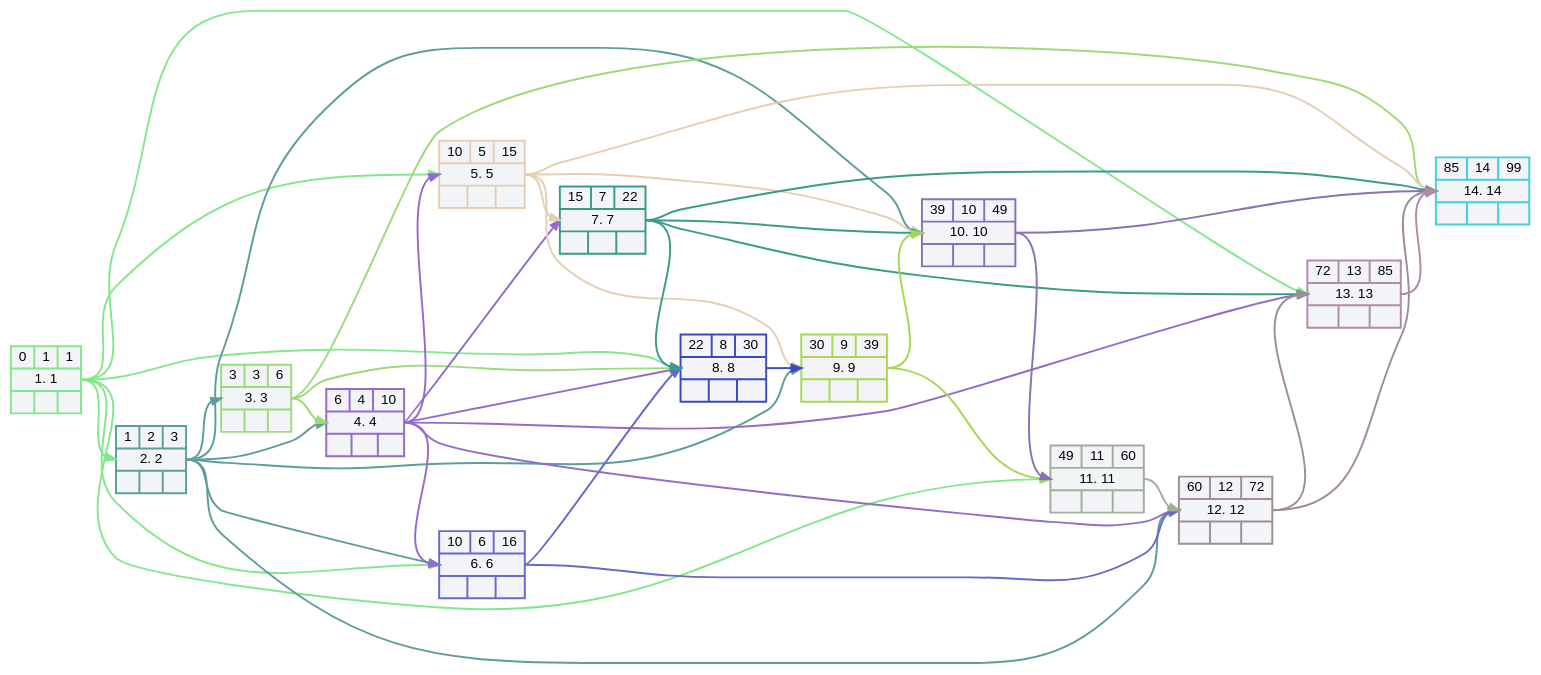
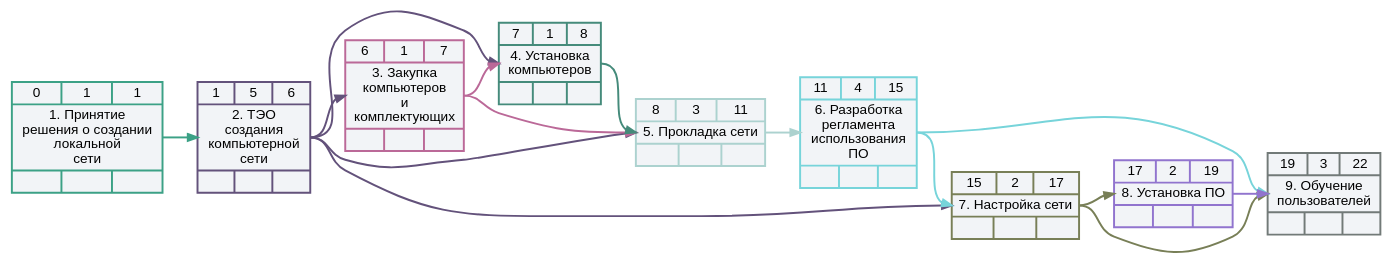
Before and after one commit to DVin-programmer/networkGraphics: the diagram in files/NetworkGraph02.gv, drawn with Graphviz. The commit also changed 11 other files, not shown here.

```diff
--- a/files/NetworkGraph02.gv
+++ b/files/NetworkGraph02.gv
@@ -1,64 +1,33 @@
         digraph NetworkGraph02
         {
            //graph [charset = "utf8"]
            rankdir = LR
            layout = dot
            splines = spline
            node [style = "filled, bold", fillcolor = "#f2f4f7", fontname = "Arial"]
            edge [penwidth = 2]
-           v1 [fontname = "Arial",color = "#82e88b", shape = record, label = "{ 0 | 1 | 1 } |  <mI1> 1. 1 | { |  |  }"]
-   v2 [fontname = "Arial",color = "#5f9d9a", shape = record, label = "{ 1 | 2 | 3 } |  <mI2> 2. 2 | { |  |  }"]
-   v3 [fontname = "Arial",color = "#9dda79", shape = record, label = "{ 3 | 3 | 6 } |  <mI3> 3. 3 | { |  |  }"]
-   v4 [fontname = "Arial",color = "#936ccb", shape = record, label = "{ 6 | 4 | 10 } |  <mI4> 4. 4 | { |  |  }"]
-   v5 [fontname = "Arial",color = "#e4cfb3", shape = record, label = "{ 10 | 5 | 15 } |  <mI5> 5. 5 | { |  |  }"]
-   v6 [fontname = "Arial",color = "#656acb", shape = record, label = "{ 10 | 6 | 16 } |  <mI6> 6. 6 | { |  |  }"]
-   v7 [fontname = "Arial",color = "#379d89", shape = record, label = "{ 15 | 7 | 22 } |  <mI7> 7. 7 | { |  |  }"]
-   v8 [fontname = "Arial",color = "#3b4ac1", shape = record, label = "{ 22 | 8 | 30 } |  <mI8> 8. 8 | { |  |  }"]
-   v9 [fontname = "Arial",color = "#a8d753", shape = record, label = "{ 30 | 9 | 39 } |  <mI9> 9. 9 | { |  |  }"]
-   v10 [fontname = "Arial",color = "#8c70b5", shape = record, label = "{ 39 | 10 | 49 } |  <mI10> 10. 10 | { |  |  }"]
-   v11 [fontname = "Arial",color = "#a3ae99", shape = record, label = "{ 49 | 11 | 60 } |  <mI11> 11. 11 | { |  |  }"]
-   v12 [fontname = "Arial",color = "#a18d95", shape = record, label = "{ 60 | 12 | 72 } |  <mI12> 12. 12 | { |  |  }"]
-   v13 [fontname = "Arial",color = "#b08baa", shape = record, label = "{ 72 | 13 | 85 } |  <mI13> 13. 13 | { |  |  }"]
-   v14 [fontname = "Arial",color = "#42cedd", shape = record, label = "{ 85 | 14 | 99 } |  <mI14> 14. 14 | { |  |  }"]
-   v7:<mI7> -> v10:<mI10> [color = "#379d89"]
-   v9:<mI9> -> v10:<mI10> [color = "#a8d753"]
-   v9:<mI9> -> v11:<mI11> [color = "#a8d753"]
-   v7:<mI7> -> v14:<mI14> [color = "#379d89"]
-   v5:<mI5> -> v14:<mI14> [color = "#e4cfb3"]
-   v4:<mI4> -> v12:<mI12> [color = "#936ccb"]
-   v2:<mI2> -> v10:<mI10> [color = "#5f9d9a"]
-   v5:<mI5> -> v10:<mI10> [color = "#e4cfb3"]
-   v6:<mI6> -> v12:<mI12> [color = "#656acb"]
-   v7:<mI7> -> v13:<mI13> [color = "#379d89"]
-   v2:<mI2> -> v12:<mI12> [color = "#5f9d9a"]
-   v1:<mI1> -> v11:<mI11> [color = "#82e88b"]
-   v1:<mI1> -> v13:<mI13> [color = "#82e88b"]
-   v3:<mI3> -> v14:<mI14> [color = "#9dda79"]
-   v4:<mI4> -> v13:<mI13> [color = "#936ccb"]
-   v1:<mI1> -> v2:<mI2> [color = "#82e88b"]
-   v2:<mI2> -> v3:<mI3> [color = "#5f9d9a"]
-   v2:<mI2> -> v4:<mI4> [color = "#5f9d9a"]
-   v3:<mI3> -> v4:<mI4> [color = "#9dda79"]
-   v4:<mI4> -> v5:<mI5> [color = "#936ccb"]
-   v1:<mI1> -> v5:<mI5> [color = "#82e88b"]
-   v4:<mI4> -> v6:<mI6> [color = "#936ccb"]
-   v1:<mI1> -> v6:<mI6> [color = "#82e88b"]
-   v2:<mI2> -> v6:<mI6> [color = "#5f9d9a"]
-   v4:<mI4> -> v7:<mI7> [color = "#936ccb"]
-   v5:<mI5> -> v7:<mI7> [color = "#e4cfb3"]
-   v3:<mI3> -> v8:<mI8> [color = "#9dda79"]
-   v4:<mI4> -> v8:<mI8> [color = "#936ccb"]
-   v6:<mI6> -> v8:<mI8> [color = "#656acb"]
-   v7:<mI7> -> v8:<mI8> [color = "#379d89"]
-   v1:<mI1> -> v8:<mI8> [color = "#82e88b"]
-   v5:<mI5> -> v9:<mI9> [color = "#e4cfb3"]
-   v8:<mI8> -> v9:<mI9> [color = "#3b4ac1"]
-   v2:<mI2> -> v9:<mI9> [color = "#5f9d9a"]
-   v10:<mI10> -> v11:<mI11> [color = "#8c70b5"]
-   v11:<mI11> -> v12:<mI12> [color = "#a3ae99"]
-   v12:<mI12> -> v13:<mI13> [color = "#a18d95"]
-   v13:<mI13> -> v14:<mI14> [color = "#b08baa"]
-   v12:<mI12> -> v14:<mI14> [color = "#a18d95"]
-   v10:<mI10> -> v14:<mI14> [color = "#8c70b5"]
+           v1 [fontname = "Arial",color = "#3ca186", shape = record, label = "{ 0 | 1 | 1 } |  <mI1> 1. Принятие\n решения  о  создании \n локальной \n сети  | { |  |  }"]
+   v2 [fontname = "Arial",color = "#63527b", shape = record, label = "{ 1 | 5 | 6 } |  <mI2> 2. ТЭО\n создания \n компьютерной \n сети  | { |  |  }"]
+   v3 [fontname = "Arial",color = "#bb6998", shape = record, label = "{ 6 | 1 | 7 } |  <mI3> 3. Закупка\n компьютеров \n и \n комплектующих  | { |  |  }"]
+   v4 [fontname = "Arial",color = "#458b7b", shape = record, label = "{ 7 | 1 | 8 } |  <mI4> 4. Установка\n компьютеров  | { |  |  }"]
+   v5 [fontname = "Arial",color = "#acd2cf", shape = record, label = "{ 8 | 3 | 11 } |  <mI5> 5. Прокладка сети | { |  |  }"]
+   v6 [fontname = "Arial",color = "#77d4da", shape = record, label = "{ 11 | 4 | 15 } |  <mI6> 6. Разработка\n регламента \n использования \n ПО  | { |  |  }"]
+   v7 [fontname = "Arial",color = "#787f57", shape = record, label = "{ 15 | 2 | 17 } |  <mI7> 7. Настройка сети | { |  |  }"]
+   v8 [fontname = "Arial",color = "#9174ce", shape = record, label = "{ 17 | 2 | 19 } |  <mI8> 8. Установка ПО | { |  |  }"]
+   v9 [fontname = "Arial",color = "#727a78", shape = record, label = "{ 19 | 3 | 22 } |  <mI9> 9. Обучение\n пользователей  | { |  |  }"]
+   v1:<mI1> -> v2:<mI2> [color = "#3ca186"]
+   v2:<mI2> -> v3:<mI3> [color = "#63527b"]
+   v2:<mI2> -> v4:<mI4> [color = "#63527b"]
+   v3:<mI3> -> v4:<mI4> [color = "#bb6998"]
+   v3:<mI3> -> v5:<mI5> [color = "#bb6998"]
+   v2:<mI2> -> v5:<mI5> [color = "#63527b"]
+   v4:<mI4> -> v5:<mI5> [color = "#458b7b"]
+   v5:<mI5> -> v6:<mI6> [color = "#acd2cf"]
+   v6:<mI6> -> v7:<mI7> [color = "#77d4da"]
+   v2:<mI2> -> v7:<mI7> [color = "#63527b"]
+   v7:<mI7> -> v8:<mI8> [color = "#787f57"]
+   v6:<mI6> -> v9:<mI9> [color = "#77d4da"]
+   v7:<mI7> -> v9:<mI9> [color = "#787f57"]
+   v8:<mI8> -> v9:<mI9> [color = "#9174ce"]
 
 }
```
